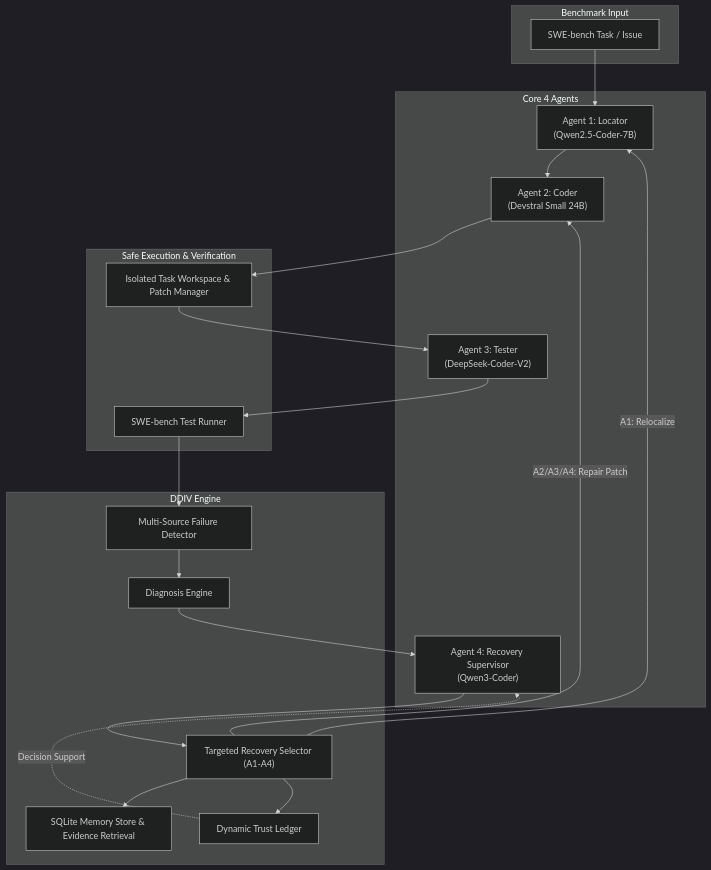
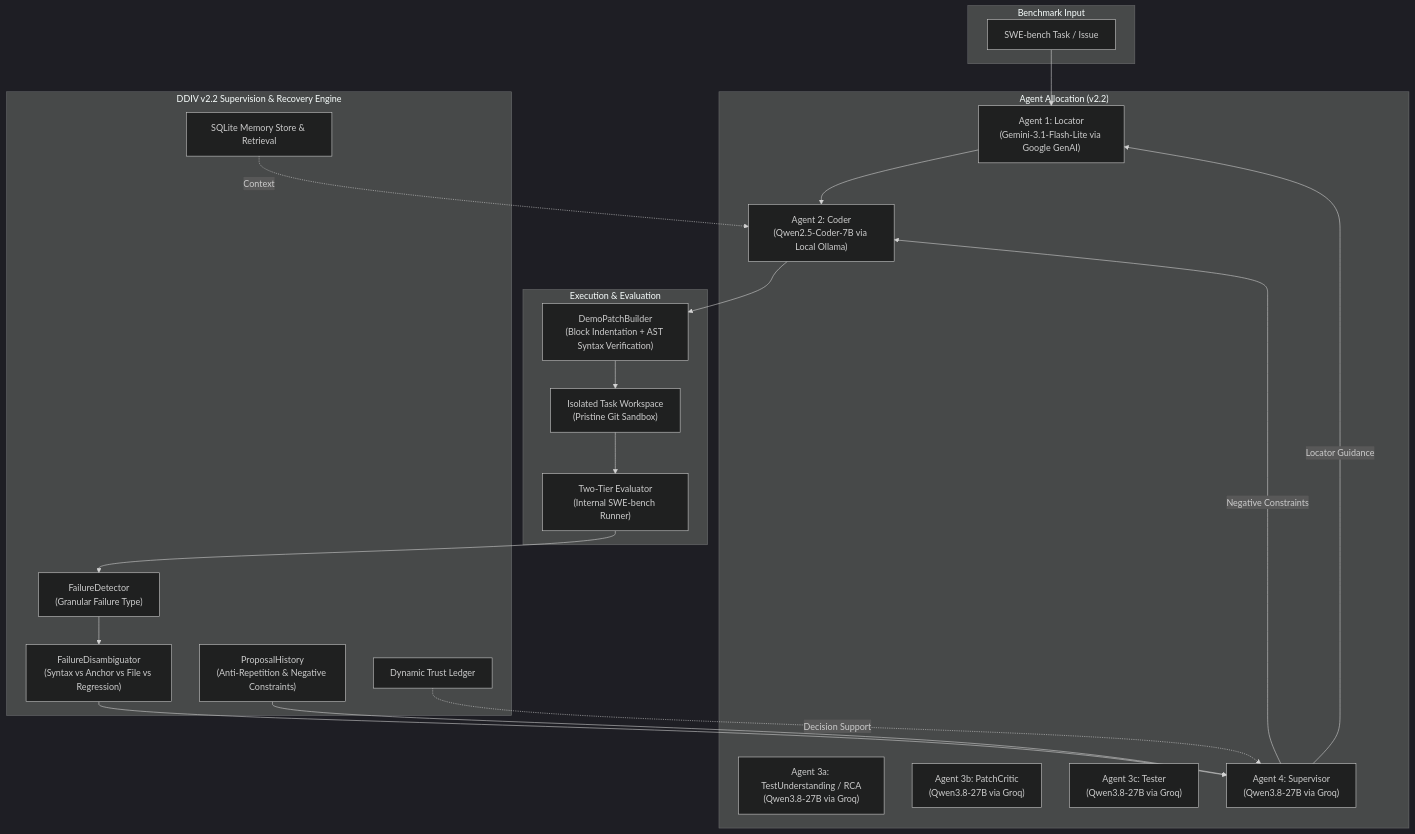
The diagram in README.md (devensonawane007/DDIV), drawn with Mermaid (dark theme) before and after one commit. The commit also changed other lines of this file and 165 other files, not shown here.

First line of the commit message:
feat(v2.2): complete Ollama coder integration, anti-repetition recovery, workspace verification, and v2.2 documentation

````diff
--- a/README.md
+++ b/README.md
@@ -37,42 +33,44 @@
 ```mermaid
 graph TD
     subgraph "Benchmark Input"
         Task["SWE-bench Task / Issue"]
     end
 
-    subgraph "Core 4 Agents"
-        Locator["Agent 1: Locator<br/>(Qwen2.5-Coder-7B)"]
-        Coder["Agent 2: Coder<br/>(Devstral Small 24B)"]
-        Tester["Agent 3: Tester<br/>(DeepSeek-Coder-V2)"]
-        Supervisor["Agent 4: Recovery Supervisor<br/>(Qwen3-Coder)"]
+    subgraph "Agent Allocation (v2.2)"
+        Locator["Agent 1: Locator<br/>(Gemini-3.1-Flash-Lite via Google GenAI)"]
+        Coder["Agent 2: Coder<br/>(Qwen2.5-Coder-7B via Local Ollama)"]
+        RCA["Agent 3a: TestUnderstanding / RCA<br/>(Qwen3.8-27B via Groq)"]
+        Critic["Agent 3b: PatchCritic<br/>(Qwen3.8-27B via Groq)"]
+        Tester["Agent 3c: Tester<br/>(Qwen3.8-27B via Groq)"]
+        Supervisor["Agent 4: Supervisor<br/>(Qwen3.8-27B via Groq)"]
     end
 
-    subgraph "Safe Execution & Verification"
-        Workspace["Isolated Task Workspace & Patch Manager"]
-        Runner["SWE-bench Test Runner"]
+    subgraph "Execution & Evaluation"
+        Workspace["Isolated Task Workspace<br/>(Pristine Git Sandbox)"]
+        PatchBuilder["DemoPatchBuilder<br/>(Block Indentation + AST Syntax Verification)"]
+        Runner["Two-Tier Evaluator<br/>(Internal SWE-bench Runner)"]
     end
 
-    subgraph "DDIV Engine"
-        Detector["Multi-Source Failure Detector"]
-        Diagnoser["Diagnosis Engine"]
-        Strategist["Targeted Recovery Selector (A1-A4)"]
-        Memory["SQLite Memory Store & Evidence Retrieval"]
+    subgraph "DDIV v2.2 Supervision & Recovery Engine"
+        Detector["FailureDetector<br/>(Granular Failure Type)"]
+        Disambiguator["FailureDisambiguator<br/>(Syntax vs Anchor vs File vs Regression)"]
+        History["ProposalHistory<br/>(Anti-Repetition & Negative Constraints)"]
+        Memory["SQLite Memory Store & Retrieval"]
         Trust["Dynamic Trust Ledger"]
     end
 
     Task --> Locator
     Locator --> Coder
-    Coder --> Workspace
-    Workspace --> Tester
-    Tester --> Runner
+    Coder --> PatchBuilder
+    PatchBuilder --> Workspace
+    Workspace --> Runner
     
     Runner --> Detector
-    Detector --> Diagnoser
-    Diagnoser --> Supervisor
-    Supervisor --> Strategist
-    Strategist --> Memory
-    Strategist --> Trust
-    Strategist -->|A1: Relocalize| Locator
-    Strategist -->|A2/A3/A4: Repair Patch| Coder
+    Detector --> Disambiguator
+    Disambiguator --> Supervisor
+    History --> Supervisor
+    Supervisor -->|Negative Constraints| Coder
+    Supervisor -->|Locator Guidance| Locator
     Trust -.->|Decision Support| Supervisor
+    Memory -.->|Context| Coder
 ```
````
